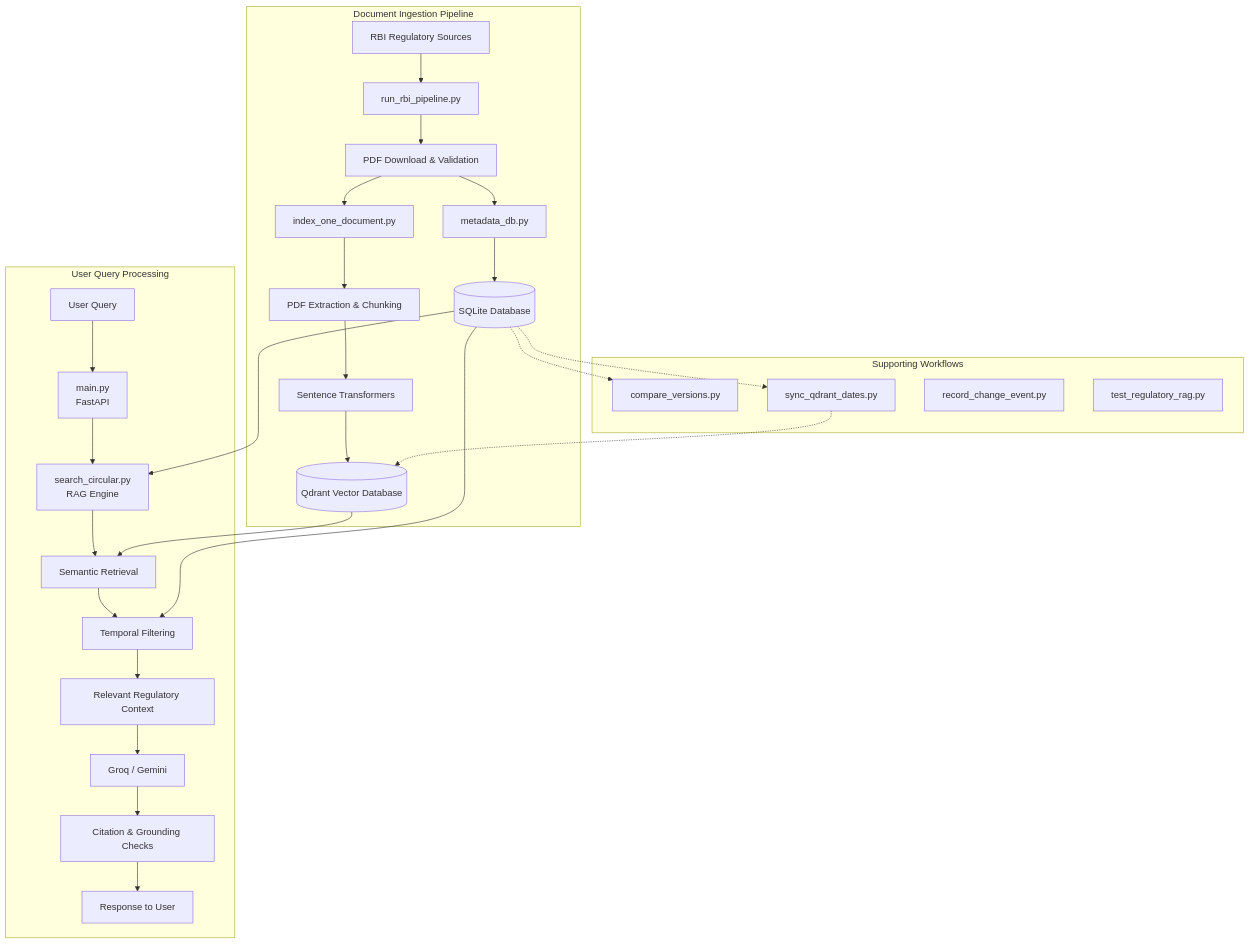
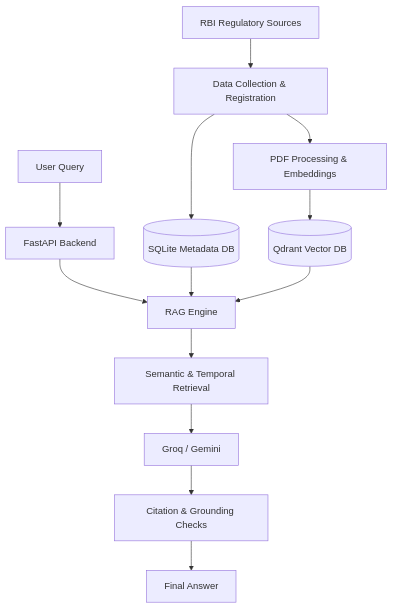
The diagram in README.md (Atharv19905/regulatory-intelligence-rag), drawn with Mermaid before and after one commit.

````diff
--- a/README.md
+++ b/README.md
@@ -121,47 +121,20 @@
 ```mermaid
 flowchart TD
     A["RBI Regulatory Sources"]
+    B["Data Collection & Registration"]
+    C[("SQLite Metadata DB")]
+    D["PDF Processing & Embeddings"]
+    E[("Qdrant Vector DB")]
 
-    subgraph INGESTION["Document Ingestion Pipeline"]
-        B["run_rbi_pipeline.py"]
-        C["PDF Download & Validation"]
-        D["metadata_db.py"]
-        E[("SQLite Database")]
-        F["index_one_document.py"]
-        G["PDF Extraction & Chunking"]
-        H["Sentence Transformers"]
-        I[("Qdrant Vector Database")]
+    F["User Query"] --> G["FastAPI Backend"]
+    G --> H["RAG Engine"]
+    C --> H
+    E --> H
+    H --> I["Semantic & Temporal Retrieval"]
+    I --> J["Groq / Gemini"]
+    J --> K["Citation & Grounding Checks"]
+    K --> L["Final Answer"]
 
-        A --> B --> C --> D --> E
-        C --> F --> G --> H --> I
-    end
-
-    subgraph QUERY["User Query Processing"]
-        J["User Query"]
-        K["main.py<br/>FastAPI"]
-        L["search_circular.py<br/>RAG Engine"]
-        M["Semantic Retrieval"]
-        N["Temporal Filtering"]
-        O["Relevant Regulatory Context"]
-        P["Groq / Gemini"]
-        Q["Citation & Grounding Checks"]
-        R["Response to User"]
-
-        J --> K --> L --> M --> N --> O --> P --> Q --> R
-    end
-
-    E --> L
-    I --> M
-    E --> N
-
-    subgraph SUPPORT["Supporting Workflows"]
-        S["compare_versions.py"]
-        T["sync_qdrant_dates.py"]
-        U["record_change_event.py"]
-        V["test_regulatory_rag.py"]
-    end
-
-    E -.-> S
-    E -.-> T
-    T -.-> I
+    A --> B --> C
+    B --> D --> E
 ```
````
